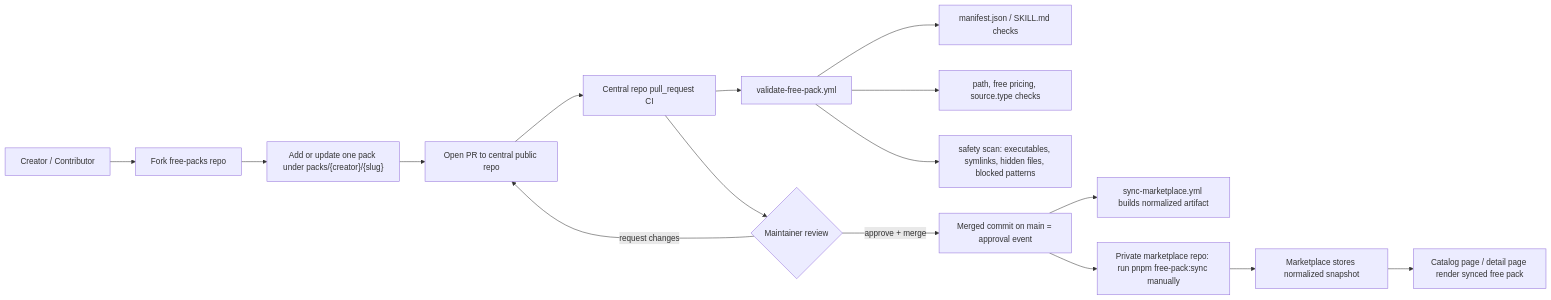
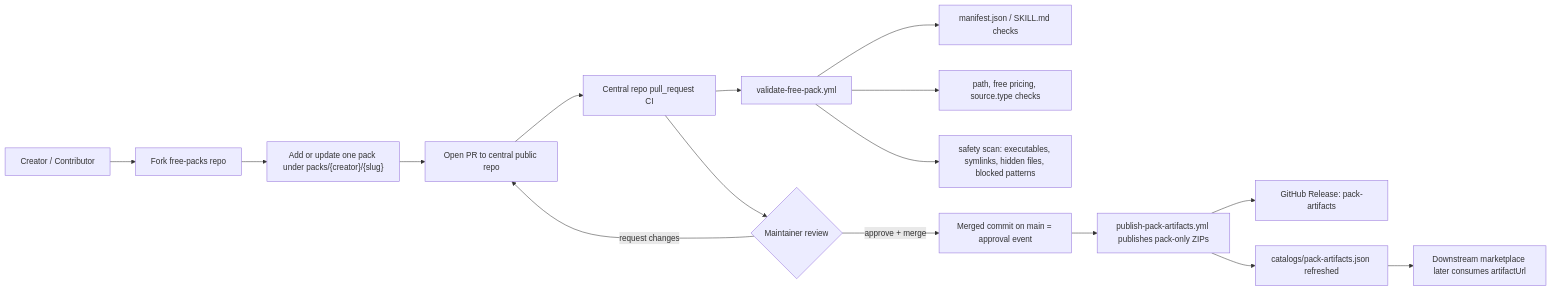
The diagram in README.md (tigerokuma/context-bank-free-packs), drawn with Mermaid before and after one commit. The commit also changed other lines of this file and 11 other files, not shown here.

Commit message:
feat: implement pack artifact build and publishing to GitHub releases, replacing the old marketplace sync mechanism with new scripts, workflows, and catalog.

````diff
--- a/README.md
+++ b/README.md
@@ -25,21 +25,21 @@
 ```mermaid
 flowchart LR
     A["Creator / Contributor"] --> B["Fork free-packs repo"]
     B --> C["Add or update one pack under packs/{creator}/{slug}"]
     C --> D["Open PR to central public repo"]
 
     D --> E["Central repo pull_request CI"]
     E --> E1["validate-free-pack.yml"]
     E1 --> E2["manifest.json / SKILL.md checks"]
     E1 --> E3["path, free pricing, source.type checks"]
     E1 --> E4["safety scan: executables, symlinks, hidden files, blocked patterns"]
 
     E --> F{"Maintainer review"}
     F -->|"approve + merge"| G["Merged commit on main = approval event"]
     F -->|"request changes"| D
 
-    G --> H["sync-marketplace.yml builds normalized artifact"]
-    G --> I["Private marketplace repo: run pnpm free-pack:sync manually"]
-    I --> J["Marketplace stores normalized snapshot"]
-    J --> K["Catalog page / detail page render synced free pack"]
+    G --> H["publish-pack-artifacts.yml publishes pack-only ZIPs"]
+    H --> I["GitHub Release: pack-artifacts"]
+    H --> J["catalogs/pack-artifacts.json refreshed"]
+    J --> K["Downstream marketplace later consumes artifactUrl"]
 ```
````
